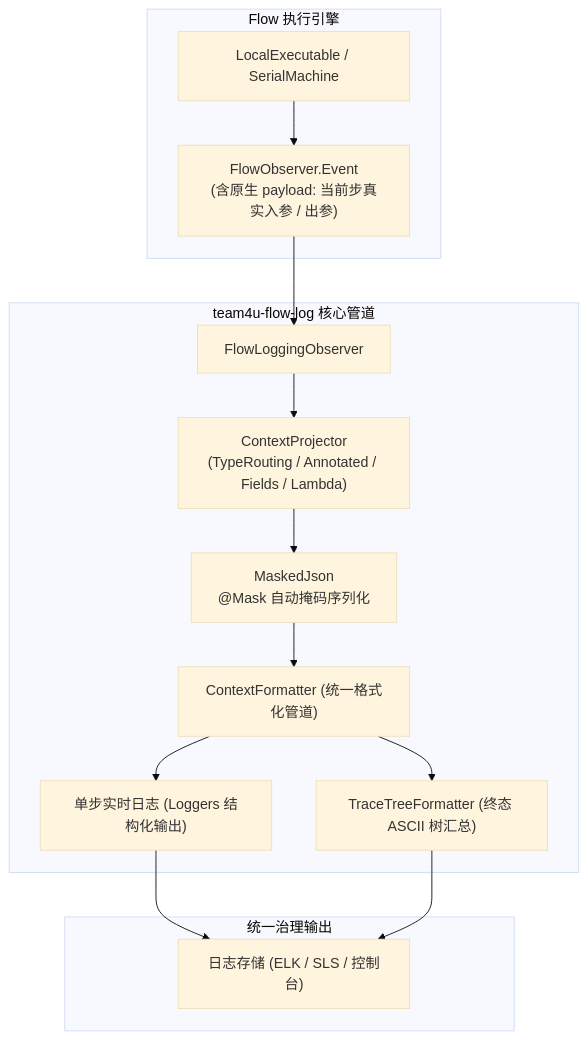
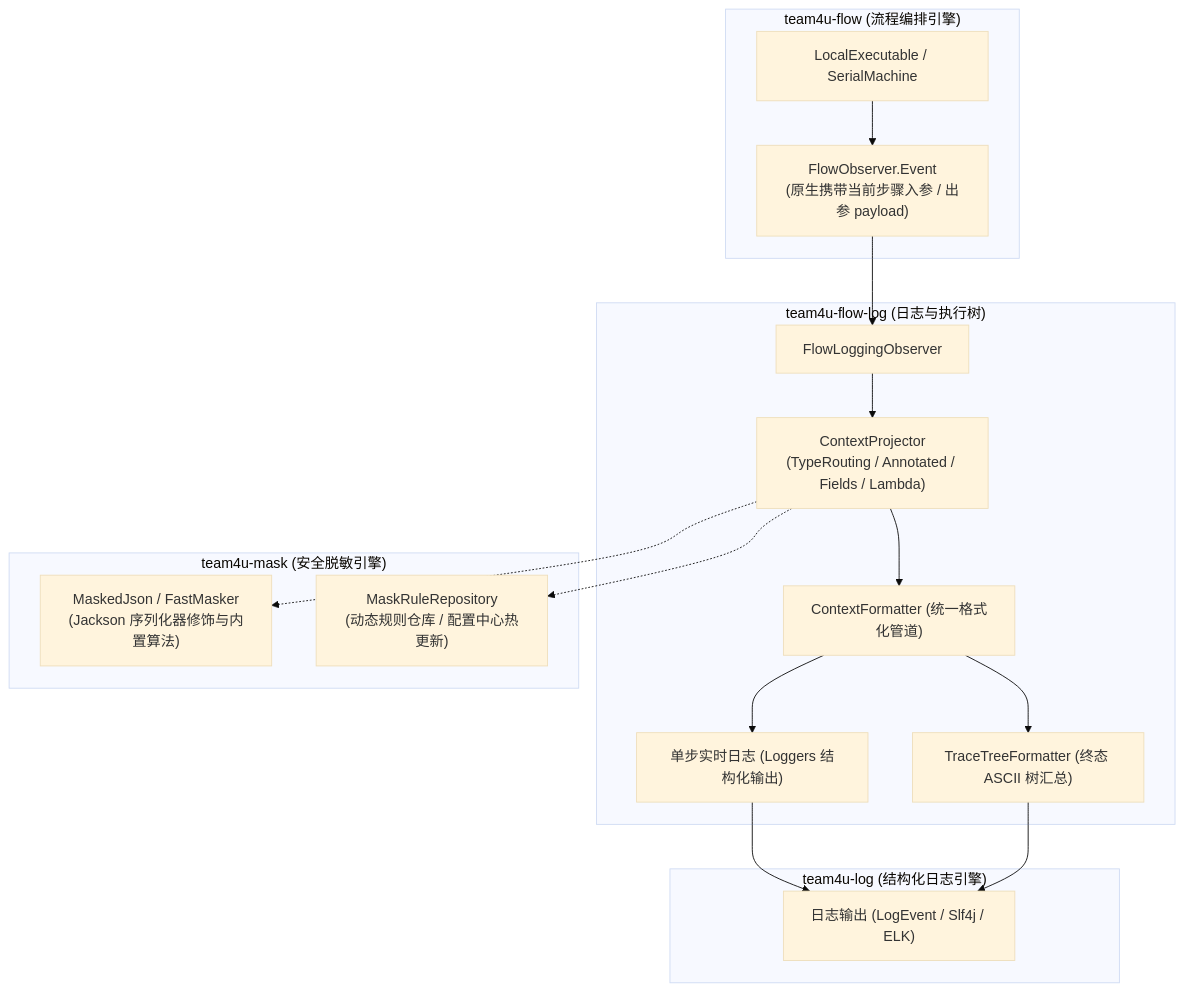
Before and after one commit to team4u/team4u-framework: the diagram in docs/flow/flow-log.md, drawn with Mermaid (base theme). The commit also changed other lines of this file, not shown here.

Commit message:
docs(flow-log): comprehensive rewrite with ecosystem architecture, associated components, and dynamic masking solutions

````diff
--- a/docs/flow/flow-log.md
+++ b/docs/flow/flow-log.md
@@ -18,20 +20,24 @@
 ```mermaid
 graph TD
-    subgraph "Flow 执行引擎"
-        ENG["LocalExecutable / SerialMachine"] --> EVT["FlowObserver.Event<br/>(含原生 payload: 当前步真实入参 / 出参)"]
+    subgraph "team4u-flow (流程编排引擎)"
+        ENG["LocalExecutable / SerialMachine"] --> EVT["FlowObserver.Event<br/>(原生携带当前步骤入参 / 出参 payload)"]
     end
 
-    subgraph "team4u-flow-log 核心管道"
+    subgraph "team4u-flow-log (日志与执行树)"
         EVT --> FLO["FlowLoggingObserver"]
         FLO --> PROJ["ContextProjector<br/>(TypeRouting / Annotated / Fields / Lambda)"]
-        PROJ --> MASK["MaskedJson<br/>@Mask 自动掩码序列化"]
-        MASK --> FMT["ContextFormatter (统一格式化管道)"]
+        PROJ --> FMT["ContextFormatter (统一格式化管道)"]
         FMT --> STEP["单步实时日志 (Loggers 结构化输出)"]
         FMT --> TREE["TraceTreeFormatter (终态 ASCII 树汇总)"]
     end
 
-    subgraph "统一治理输出"
-        STEP --> LOG["日志存储 (ELK / SLS / 控制台)"]
+    subgraph "team4u-mask (安全脱敏引擎)"
+        PROJ -.-> MASK["MaskedJson / FastMasker<br/>(Jackson 序列化器修饰与内置算法)"]
+        PROJ -.-> REPO["MaskRuleRepository<br/>(动态规则仓库 / 配置中心热更新)"]
+    end
+
+    subgraph "team4u-log (结构化日志引擎)"
+        STEP --> LOG["日志输出 (LogEvent / Slf4j / ELK)"]
         TREE --> LOG
     end
 ```
````
